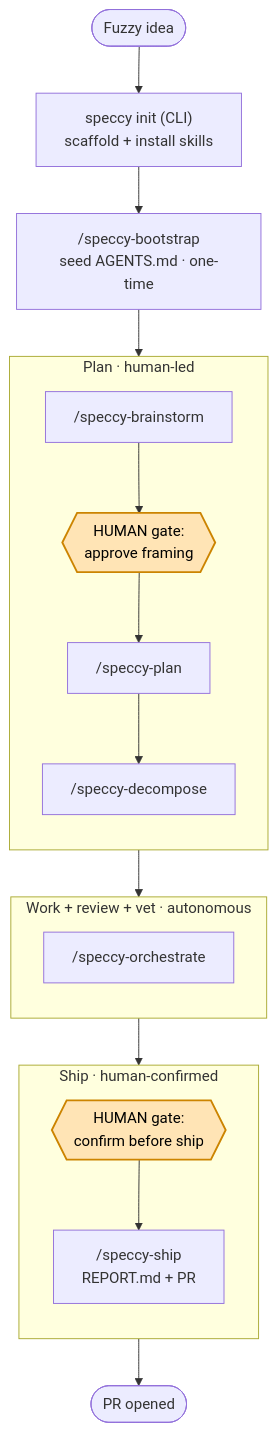
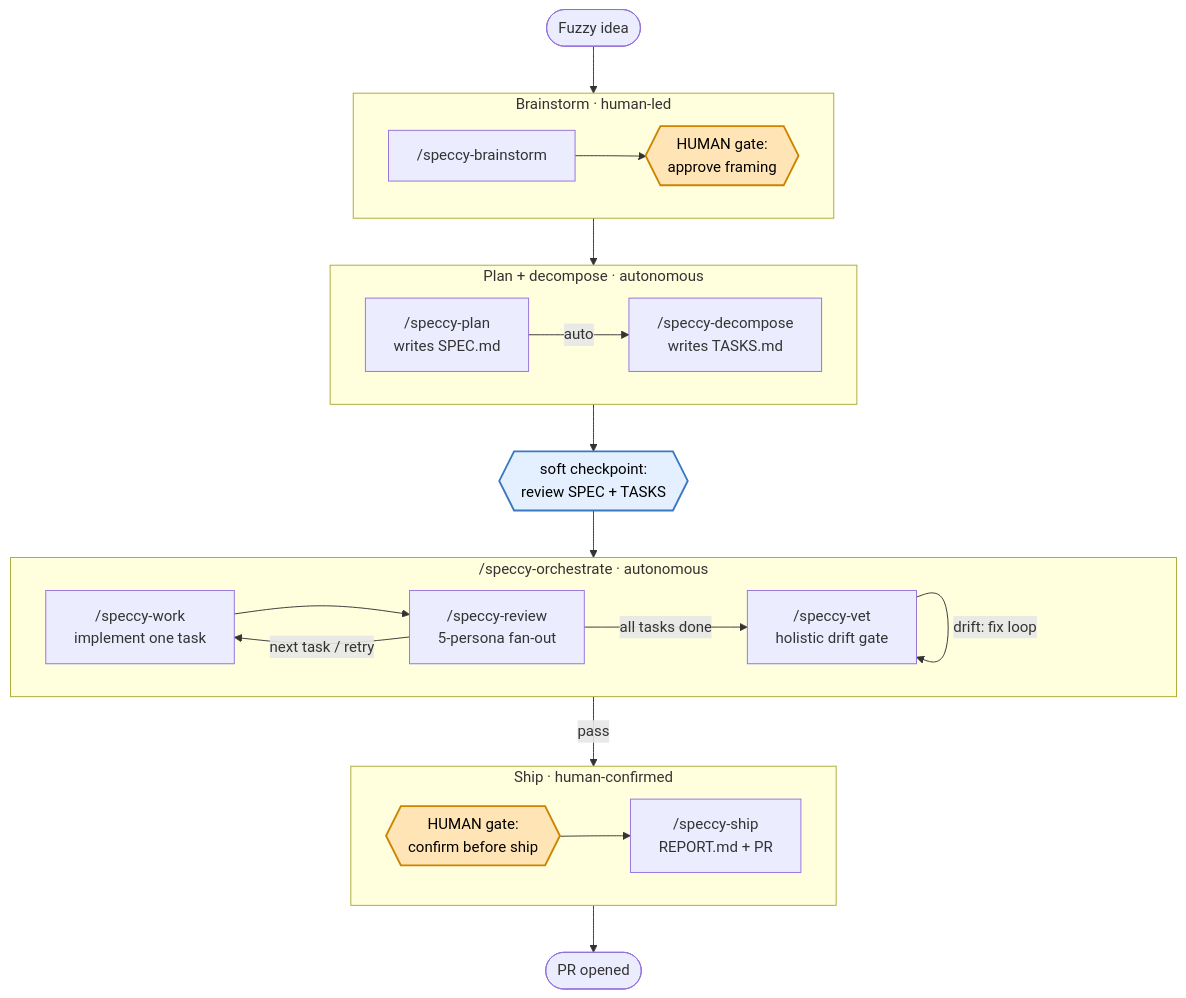
One commit to kvnxiao/speccy changed the diagram in README.md. Above: the diagram before and after it, drawn with Mermaid. The commit also changed other lines of this file and 16 other files, not shown here.

Commit message:
Auto-chain plan→decompose and reframe gate justifications (#38)

````diff
--- a/README.md
+++ b/README.md
@@ -95,34 +101,50 @@
 ```mermaid
-flowchart TD
-    Idea([Fuzzy idea]) --> Init["speccy init (CLI)<br/>scaffold + install skills"]
+flowchart TB
+    Idea([Fuzzy idea])
 
-    subgraph Plan [Plan · human-led]
-      direction TB
+    subgraph Frame [Brainstorm · human-led]
+      direction LR
       Brain["/speccy-brainstorm"]
       G1{{HUMAN gate:<br/>approve framing}}
-      PlanCmd["/speccy-plan"]
-      Decomp["/speccy-decompose"]
-      Brain --> G1 --> PlanCmd --> Decomp
+      Brain --> G1
     end
 
-    subgraph Loop [Work + review + vet · autonomous]
-      direction TB
-      Orch["/speccy-orchestrate"]
+    subgraph Author [Plan + decompose · autonomous]
+      direction LR
+      PlanCmd["/speccy-plan<br/>writes SPEC.md"]
+      Decomp["/speccy-decompose<br/>writes TASKS.md"]
+      PlanCmd -->|auto| Decomp
+    end
+
+    C1{{soft checkpoint:<br/>review SPEC + TASKS}}
+
+    subgraph Loop ["/speccy-orchestrate · autonomous"]
+      direction LR
+      Work["/speccy-work<br/>implement one task"]
+      Review["/speccy-review<br/>5-persona fan-out"]
+      Vet["/speccy-vet<br/>holistic drift gate"]
+      Work --> Review
+      Review -->|next task / retry| Work
+      Review -->|all tasks done| Vet
+      Vet -->|drift: fix loop| Vet
     end
 
     subgraph Ship [Ship · human-confirmed]
-      direction TB
+      direction LR
       G2{{HUMAN gate:<br/>confirm before ship}}
       ShipCmd["/speccy-ship<br/>REPORT.md + PR"]
       G2 --> ShipCmd
     end
 
-    Init --> Boot["/speccy-bootstrap<br/>seed AGENTS.md · one-time"]
-    Boot --> Brain
-    Decomp --> Orch
-    Orch --> G2
+    Idea --> Brain
+    G1 --> PlanCmd
+    Decomp --> C1
+    C1 --> Work
+    Vet -->|pass| G2
     ShipCmd --> Done([PR opened])
 
     classDef human fill:#ffe4b5,stroke:#cc8400,stroke-width:2px,color:#000
     class G1,G2 human
+    classDef soft fill:#e4f0ff,stroke:#3b78c2,stroke-width:2px,color:#000
+    class C1 soft
 ```
````
